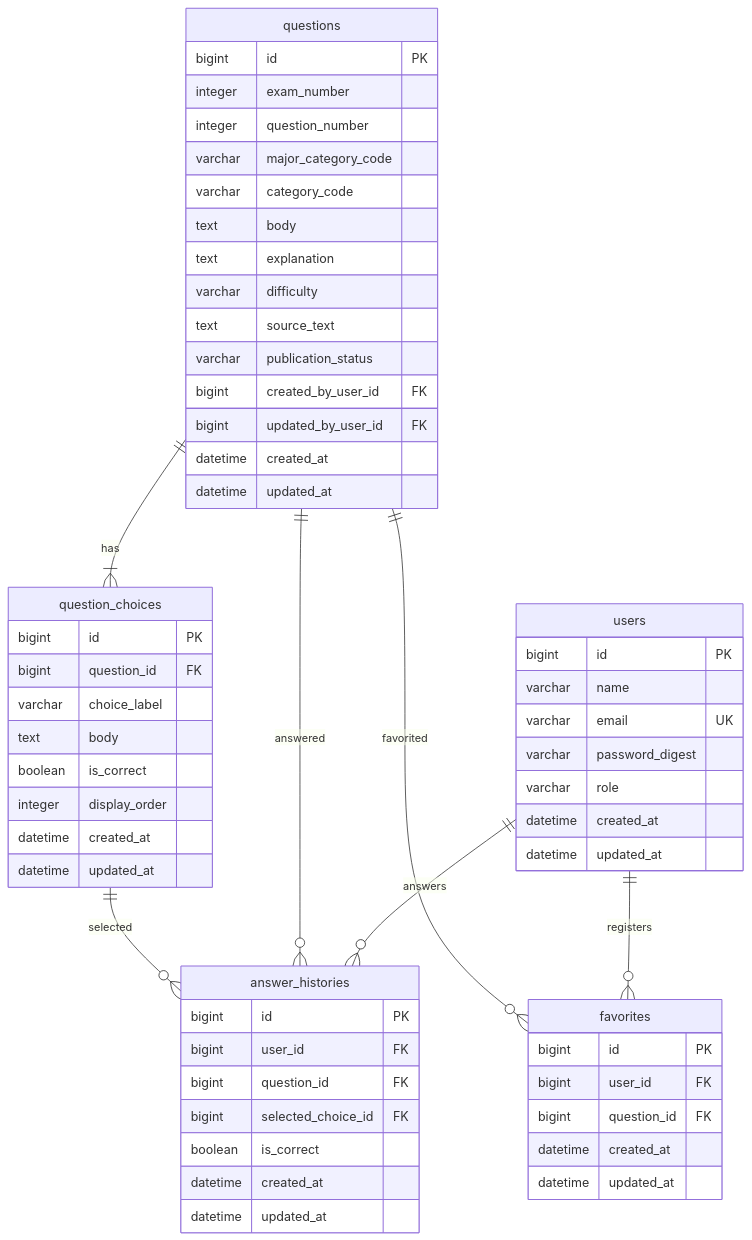
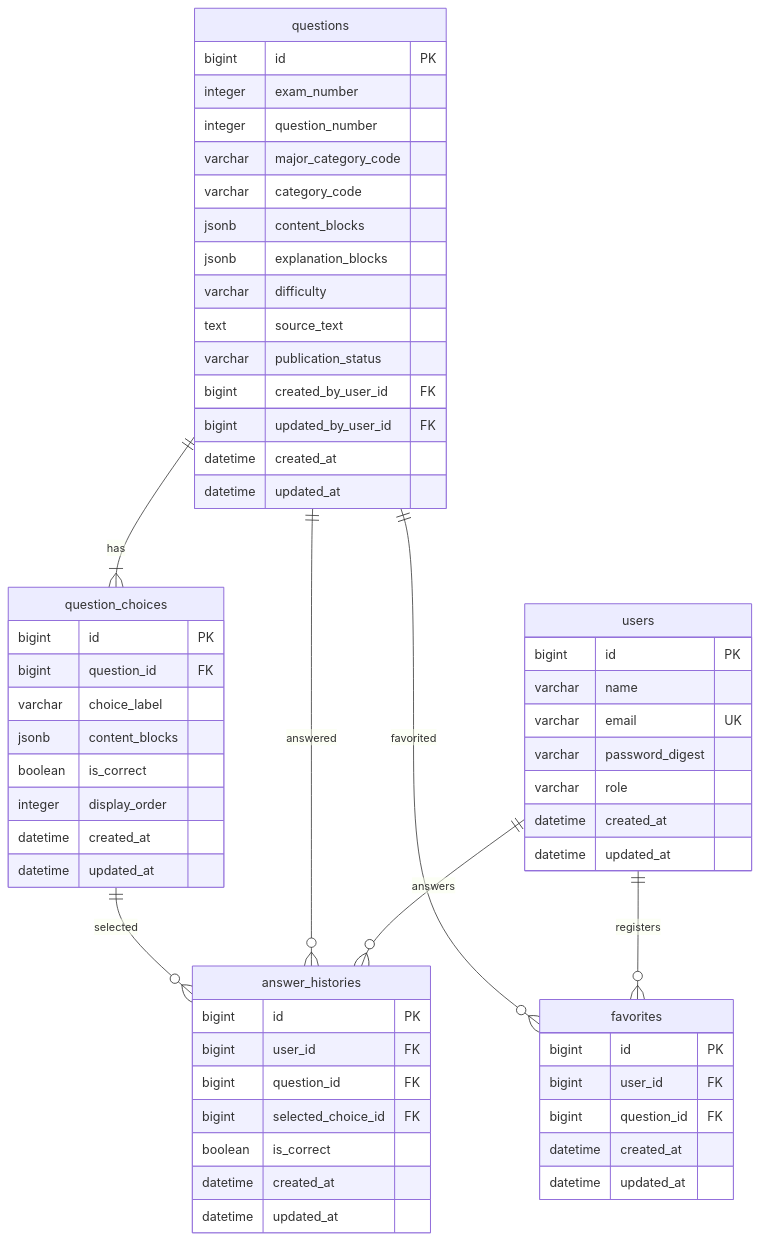
One commit to misato729/TQCE-info-practice changed the diagram in document/DB設計.md. Above: the diagram before and after it, drawn with Mermaid. The commit also changed other lines of this file and 20 other files, not shown here.

````diff
--- a/document/DB設計.md
+++ b/document/DB設計.md
@@ -29,65 +29,65 @@
 ```mermaid
 erDiagram
     users ||--o{ answer_histories : answers
     users ||--o{ favorites : registers
     questions ||--|{ question_choices : has
     questions ||--o{ answer_histories : answered
     questions ||--o{ favorites : favorited
     question_choices ||--o{ answer_histories : selected
 
     users {
         bigint id PK
         varchar name
         varchar email UK
         varchar password_digest
         varchar role
         datetime created_at
         datetime updated_at
     }
 
     questions {
         bigint id PK
         integer exam_number
         integer question_number
         varchar major_category_code
         varchar category_code
-        text body
-        text explanation
+        jsonb content_blocks
+        jsonb explanation_blocks
         varchar difficulty
         text source_text
         varchar publication_status
         bigint created_by_user_id FK
         bigint updated_by_user_id FK
         datetime created_at
         datetime updated_at
     }
 
     question_choices {
         bigint id PK
         bigint question_id FK
         varchar choice_label
-        text body
+        jsonb content_blocks
         boolean is_correct
         integer display_order
         datetime created_at
         datetime updated_at
     }
 
     answer_histories {
         bigint id PK
         bigint user_id FK
         bigint question_id FK
         bigint selected_choice_id FK
         boolean is_correct
         datetime created_at
         datetime updated_at
     }
 
     favorites {
         bigint id PK
         bigint user_id FK
         bigint question_id FK
         datetime created_at
         datetime updated_at
     }
 ```
````
